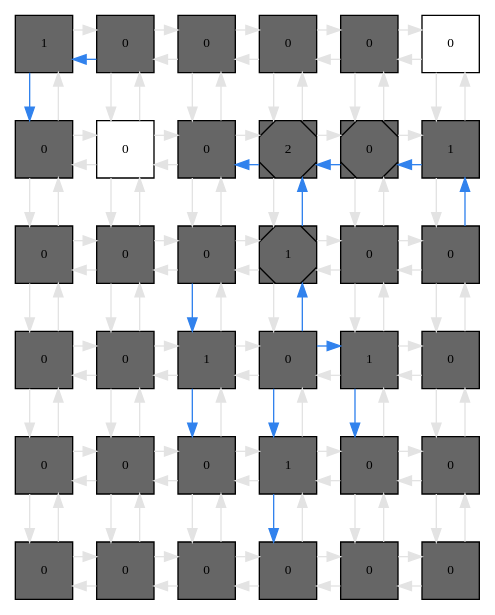
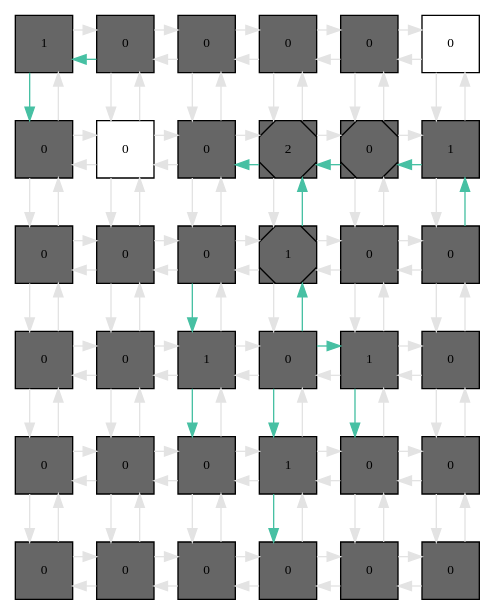
The diagram in benchmarks/Cholesterol Regulatory Pathway/weSA/DOT/wesSA_mesh.dot (Olavo-B/mapping_grn), drawn with Graphviz before and after one commit. The commit also changed 201 other files, not shown here.

```diff
--- a/benchmarks/Cholesterol Regulatory Pathway/weSA/DOT/wesSA_mesh.dot
+++ b/benchmarks/Cholesterol Regulatory Pathway/weSA/DOT/wesSA_mesh.dot
@@ -40,8 +40,8 @@
 34 [fillcolor="#666666", fontsize=10, label=0, shape=square, tooltip="name:  Cyp51_RNA ,\nin_degree: 3,\nout_degree: 3"];
 35 [fillcolor="#666666", fontsize=10, label=0, shape=square, tooltip="name:  Cyp51 ,\nin_degree: 2,\nout_degree: 2"];
 0 -> 1  [color=grey89, style="penwidth(0.1)", tooltip=" ", weight=1];
-0 -> 6  [color="#3182ED", style="penwidth(0.1)", tooltip="1( Isopentenyl_pyrophosphate ) to 6( Geranyl_pyrophosphate )", weight=1];
-1 -> 0  [color="#3182ED", style="penwidth(0.1)", tooltip="1( Isopentenyl_pyrophosphate ) to 6( Geranyl_pyrophosphate )", weight=1];
+0 -> 6  [color="#47C0A3", style="penwidth(0.1)", tooltip="1( Isopentenyl_pyrophosphate ) to 6( Geranyl_pyrophosphate )", weight=1];
+1 -> 0  [color="#47C0A3", style="penwidth(0.1)", tooltip="1( Isopentenyl_pyrophosphate ) to 6( Geranyl_pyrophosphate )", weight=1];
 1 -> 2  [color=grey89, style="penwidth(0.1)", tooltip=" ", weight=1];
 1 -> 7  [color=grey89, style="penwidth(0.1)", tooltip=" ", weight=1];
 2 -> 1  [color=grey89, style="penwidth(0.1)", tooltip=" ", weight=1];
@@ -67,15 +67,15 @@
 8 -> 9  [color=grey89, style="penwidth(0.1)", tooltip=" ", weight=1];
 8 -> 14  [color=grey89, style="penwidth(0.1)", tooltip=" ", weight=1];
 9 -> 3  [color=grey89, style="penwidth(0.1)", tooltip=" ", weight=1];
-9 -> 8  [color="#3182ED", style="penwidth(0.1)", tooltip="15( HMG_CoA_Reductase ) to 8( Mevalonic_Acid )", weight=1];
+9 -> 8  [color="#47C0A3", style="penwidth(0.1)", tooltip="15( HMG_CoA_Reductase ) to 8( Mevalonic_Acid )", weight=1];
 9 -> 10  [color=grey89, style="penwidth(0.1)", tooltip=" ", weight=1];
 9 -> 15  [color=grey89, style="penwidth(0.1)", tooltip=" ", weight=1];
 10 -> 4  [color=grey89, style="penwidth(0.1)", tooltip=" ", weight=1];
-10 -> 9  [color="#3182ED", style="penwidth(0.1)", tooltip="10( HMG_CoA ) to 8( Mevalonic_Acid )", weight=1];
+10 -> 9  [color="#47C0A3", style="penwidth(0.1)", tooltip="10( HMG_CoA ) to 8( Mevalonic_Acid )", weight=1];
 10 -> 11  [color=grey89, style="penwidth(0.1)", tooltip=" ", weight=1];
 10 -> 16  [color=grey89, style="penwidth(0.1)", tooltip=" ", weight=1];
 11 -> 5  [color=grey89, style="penwidth(0.1)", tooltip=" ", weight=1];
-11 -> 10  [color="#3182ED", style="penwidth(0.1)", tooltip="17( Acetoacetyl_CoA ) to 10( HMG_CoA )", weight=1];
+11 -> 10  [color="#47C0A3", style="penwidth(0.1)", tooltip="17( Acetoacetyl_CoA ) to 10( HMG_CoA )", weight=1];
 11 -> 17  [color=grey89, style="penwidth(0.1)", tooltip=" ", weight=1];
 12 -> 6  [color=grey89, style="penwidth(0.1)", tooltip=" ", weight=1];
 12 -> 13  [color=grey89, style="penwidth(0.1)", tooltip=" ", weight=1];
@@ -87,8 +87,8 @@
 14 -> 8  [color=grey89, style="penwidth(0.1)", tooltip=" ", weight=1];
 14 -> 13  [color=grey89, style="penwidth(0.1)", tooltip=" ", weight=1];
 14 -> 15  [color=grey89, style="penwidth(0.1)", tooltip=" ", weight=1];
-14 -> 20  [color="#3182ED", style="penwidth(0.1)", tooltip="14( Statins ) to 26( SREBP_SCAP )", weight=1];
-15 -> 9  [color="#3182ED", style="penwidth(0.1)", tooltip="21( mSREBP ) to 9( HMG_CoA_Synthase_gene )", weight=1];
+14 -> 20  [color="#47C0A3", style="penwidth(0.1)", tooltip="14( Statins ) to 26( SREBP_SCAP )", weight=1];
+15 -> 9  [color="#47C0A3", style="penwidth(0.1)", tooltip="21( mSREBP ) to 9( HMG_CoA_Synthase_gene )", weight=1];
 15 -> 14  [color=grey89, style="penwidth(0.1)", tooltip=" ", weight=1];
 15 -> 16  [color=grey89, style="penwidth(0.1)", tooltip=" ", weight=1];
 15 -> 21  [color=grey89, style="penwidth(0.1)", tooltip=" ", weight=1];
@@ -96,7 +96,7 @@
 16 -> 15  [color=grey89, style="penwidth(0.1)", tooltip=" ", weight=1];
 16 -> 17  [color=grey89, style="penwidth(0.1)", tooltip=" ", weight=1];
 16 -> 22  [color=grey89, style="penwidth(0.1)", tooltip=" ", weight=1];
-17 -> 11  [color="#3182ED", style="penwidth(0.1)", tooltip="17( Acetoacetyl_CoA ) to 10( HMG_CoA )", weight=1];
+17 -> 11  [color="#47C0A3", style="penwidth(0.1)", tooltip="17( Acetoacetyl_CoA ) to 10( HMG_CoA )", weight=1];
 17 -> 16  [color=grey89, style="penwidth(0.1)", tooltip=" ", weight=1];
 17 -> 23  [color=grey89, style="penwidth(0.1)", tooltip=" ", weight=1];
 18 -> 12  [color=grey89, style="penwidth(0.1)", tooltip=" ", weight=1];
@@ -109,15 +109,15 @@
 20 -> 14  [color=grey89, style="penwidth(0.1)", tooltip=" ", weight=1];
 20 -> 19  [color=grey89, style="penwidth(0.1)", tooltip=" ", weight=1];
 20 -> 21  [color=grey89, style="penwidth(0.1)", tooltip=" ", weight=1];
-20 -> 26  [color="#3182ED", style="penwidth(0.1)", tooltip="14( Statins ) to 26( SREBP_SCAP )", weight=1];
-21 -> 15  [color="#3182ED", style="penwidth(0.1)", tooltip="21( mSREBP ) to 9( HMG_CoA_Synthase_gene )", weight=1];
+20 -> 26  [color="#47C0A3", style="penwidth(0.1)", tooltip="14( Statins ) to 26( SREBP_SCAP )", weight=1];
+21 -> 15  [color="#47C0A3", style="penwidth(0.1)", tooltip="21( mSREBP ) to 9( HMG_CoA_Synthase_gene )", weight=1];
 21 -> 20  [color=grey89, style="penwidth(0.1)", tooltip=" ", weight=1];
-21 -> 22  [color="#3182ED", style="penwidth(0.1)", tooltip="21( mSREBP ) to 28( Acetyl_CoA_acetyltransferase_gene )", weight=1];
-21 -> 27  [color="#3182ED", style="penwidth(0.1)", tooltip="21( mSREBP ) to 33( Cyp51_gene )", weight=1];
+21 -> 22  [color="#47C0A3", style="penwidth(0.1)", tooltip="21( mSREBP ) to 28( Acetyl_CoA_acetyltransferase_gene )", weight=1];
+21 -> 27  [color="#47C0A3", style="penwidth(0.1)", tooltip="21( mSREBP ) to 33( Cyp51_gene )", weight=1];
 22 -> 16  [color=grey89, style="penwidth(0.1)", tooltip=" ", weight=1];
 22 -> 21  [color=grey89, style="penwidth(0.1)", tooltip=" ", weight=1];
 22 -> 23  [color=grey89, style="penwidth(0.1)", tooltip=" ", weight=1];
-22 -> 28  [color="#3182ED", style="penwidth(0.1)", tooltip="21( mSREBP ) to 28( Acetyl_CoA_acetyltransferase_gene )", weight=1];
+22 -> 28  [color="#47C0A3", style="penwidth(0.1)", tooltip="21( mSREBP ) to 28( Acetyl_CoA_acetyltransferase_gene )", weight=1];
 23 -> 17  [color=grey89, style="penwidth(0.1)", tooltip=" ", weight=1];
 23 -> 22  [color=grey89, style="penwidth(0.1)", tooltip=" ", weight=1];
 23 -> 29  [color=grey89, style="penwidth(0.1)", tooltip=" ", weight=1];
@@ -135,7 +135,7 @@
 27 -> 21  [color=grey89, style="penwidth(0.1)", tooltip=" ", weight=1];
 27 -> 26  [color=grey89, style="penwidth(0.1)", tooltip=" ", weight=1];
 27 -> 28  [color=grey89, style="penwidth(0.1)", tooltip=" ", weight=1];
-27 -> 33  [color="#3182ED", style="penwidth(0.1)", tooltip="21( mSREBP ) to 33( Cyp51_gene )", weight=1];
+27 -> 33  [color="#47C0A3", style="penwidth(0.1)", tooltip="21( mSREBP ) to 33( Cyp51_gene )", weight=1];
 28 -> 22  [color=grey89, style="penwidth(0.1)", tooltip=" ", weight=1];
 28 -> 27  [color=grey89, style="penwidth(0.1)", tooltip=" ", weight=1];
 28 -> 29  [color=grey89, style="penwidth(0.1)", tooltip=" ", weight=1];
```
